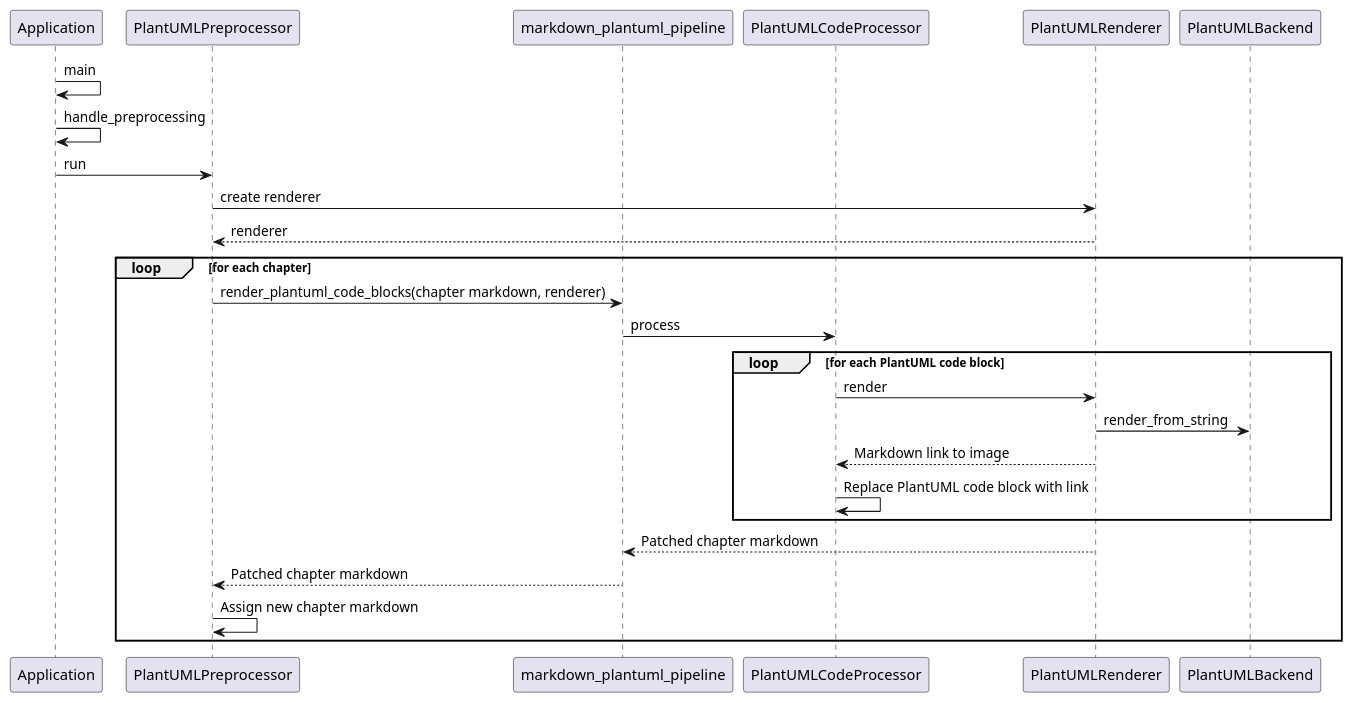
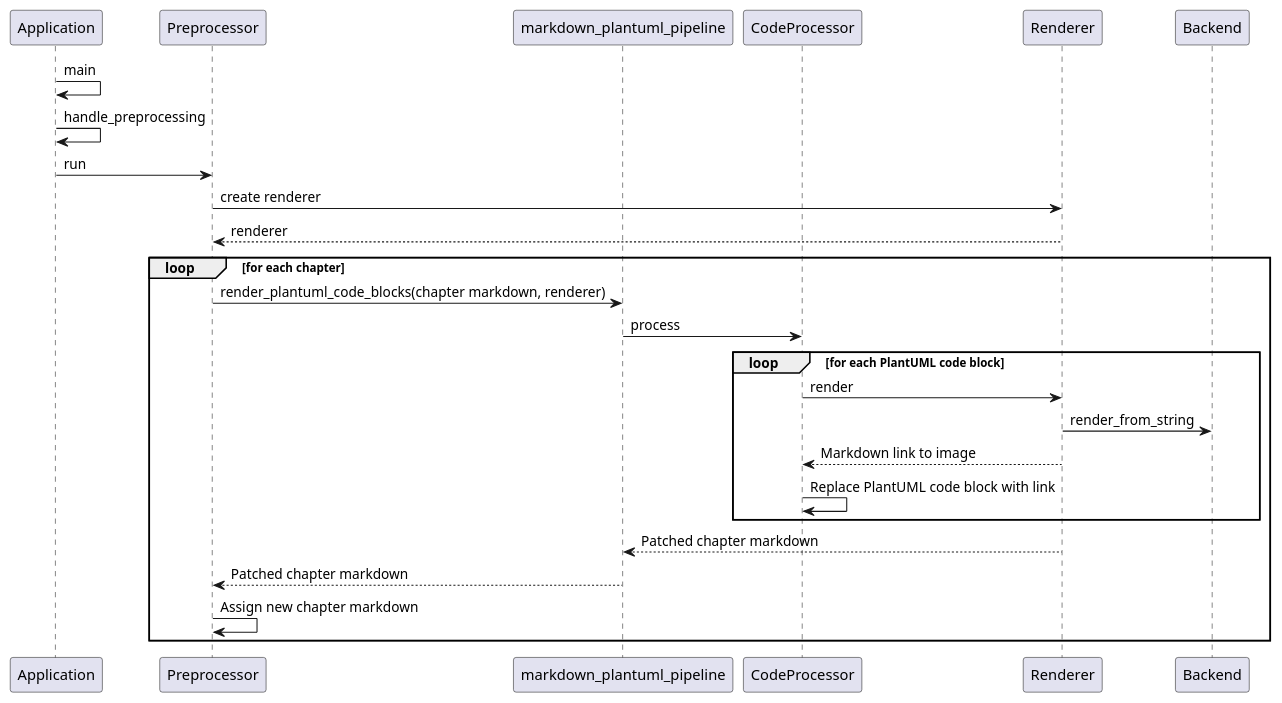
One commit to sytsereitsma/mdbook-plantuml changed the diagram in doc/img/conversion_sequence.puml. Above: the diagram before and after it, drawn with PlantUML. The commit also changed 12 other files, not shown here.

```diff
--- a/doc/img/conversion_sequence.puml
+++ b/doc/img/conversion_sequence.puml
@@ -1,27 +1,27 @@
 @startuml
 participant Application
-participant PlantUMLPreprocessor
+participant Preprocessor
 participant markdown_plantuml_pipeline
-participant PlantUMLCodeProcessor
-participant PlantUMLRenderer
-participant PlantUMLBackend
+participant CodeProcessor
+participant Renderer
+participant Backend
 
 Application -> Application: main
 	Application -> Application: handle_preprocessing
-	Application -> PlantUMLPreprocessor: run
-		PlantUMLPreprocessor -> PlantUMLRenderer: create renderer
-		PlantUMLRenderer --> PlantUMLPreprocessor: renderer
+	Application -> Preprocessor: run
+		Preprocessor -> Renderer: create renderer
+		Renderer --> Preprocessor: renderer
 		loop for each chapter
-			PlantUMLPreprocessor -> markdown_plantuml_pipeline: render_plantuml_code_blocks(chapter markdown, renderer)
-			markdown_plantuml_pipeline -> PlantUMLCodeProcessor: process
+			Preprocessor -> markdown_plantuml_pipeline: render_plantuml_code_blocks(chapter markdown, renderer)
+			markdown_plantuml_pipeline -> CodeProcessor: process
 			loop for each PlantUML code block
-				PlantUMLCodeProcessor -> PlantUMLRenderer: render
-					PlantUMLRenderer -> PlantUMLBackend: render_from_string
-				PlantUMLRenderer --> PlantUMLCodeProcessor: Markdown link to image
-				PlantUMLCodeProcessor -> PlantUMLCodeProcessor: Replace PlantUML code block with link
+				CodeProcessor -> Renderer: render
+					Renderer -> Backend: render_from_string
+				Renderer --> CodeProcessor: Markdown link to image
+				CodeProcessor -> CodeProcessor: Replace PlantUML code block with link
 			end				
-			PlantUMLRenderer --> markdown_plantuml_pipeline: Patched chapter markdown
-			markdown_plantuml_pipeline --> PlantUMLPreprocessor: Patched chapter markdown
-			PlantUMLPreprocessor -> PlantUMLPreprocessor: Assign new chapter markdown
+			Renderer --> markdown_plantuml_pipeline: Patched chapter markdown
+			markdown_plantuml_pipeline --> Preprocessor: Patched chapter markdown
+			Preprocessor -> Preprocessor: Assign new chapter markdown
 		end
 @enduml
```
